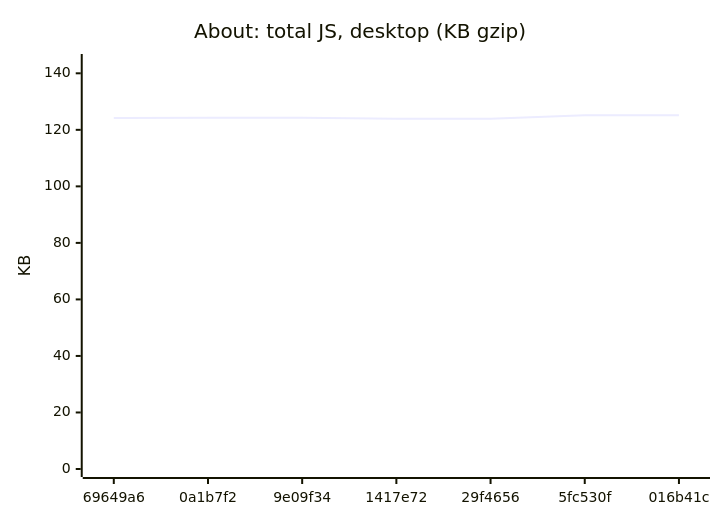
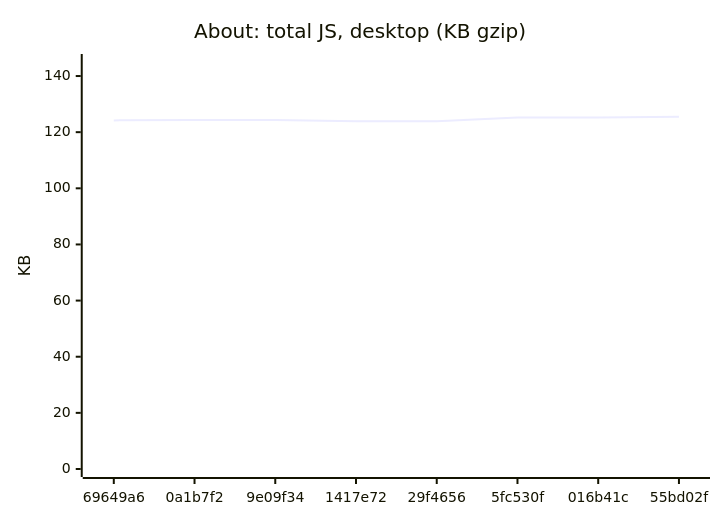
The fifth of 18 diagrams in README.md (AxelUser/maltsev.space), drawn with Mermaid before and after one commit. The commit also changed other lines of this file and 1 other file, not shown here.

````diff
--- a/README.md
+++ b/README.md
@@ -71,7 +71,7 @@
 ```mermaid
 xychart-beta
   title "About: total JS, desktop (KB gzip)"
-  x-axis ["69649a6", "0a1b7f2", "9e09f34", "1417e72", "29f4656", "5fc530f", "016b41c"]
-  y-axis "KB" 0 --> 144
-  line [124.2, 124.3, 124.3, 123.9, 123.9, 125.2, 125.2]
+  x-axis ["69649a6", "0a1b7f2", "9e09f34", "1417e72", "29f4656", "5fc530f", "016b41c", "55bd02f"]
+  y-axis "KB" 0 --> 145
+  line [124.2, 124.3, 124.3, 123.9, 123.9, 125.2, 125.2, 125.5]
 ```
````
